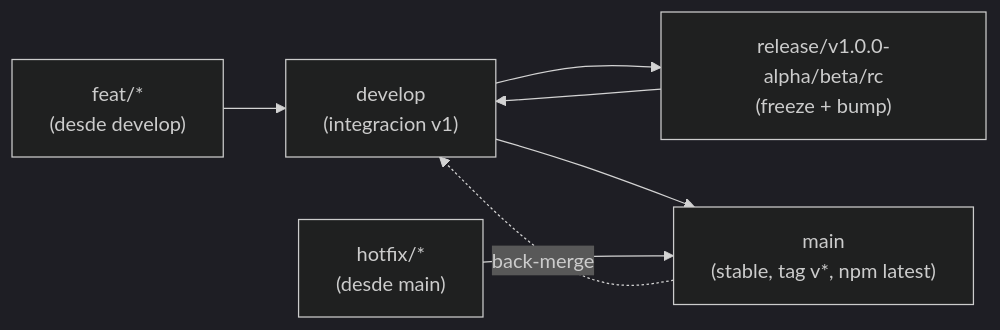
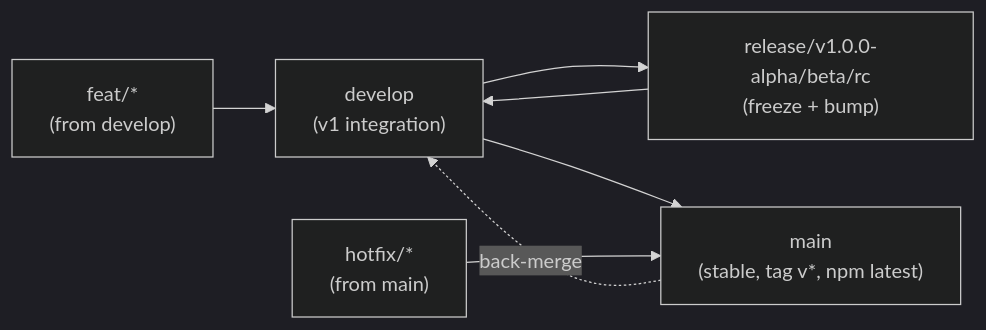
The diagram in docs/BRANCHING.md (LUMEN-SH/lumen-cli), drawn with Mermaid (dark theme) before and after one commit. The commit also changed other lines of this file, not shown here.

````diff
--- a/docs/BRANCHING.md
+++ b/docs/BRANCHING.md
@@ -15,9 +15,9 @@
 ```mermaid
 flowchart LR
-    feat["feat/*<br/>(desde develop)"] --> develop["develop<br/>(integracion v1)"]
+    feat["feat/*<br/>(from develop)"] --> develop["develop<br/>(v1 integration)"]
     develop --> rel["release/v1.0.0-alpha/beta/rc<br/>(freeze + bump)"]
     rel --> develop
     develop --> main["main<br/>(stable, tag v*, npm latest)"]
-    hotfix["hotfix/*<br/>(desde main)"] --> main
+    hotfix["hotfix/*<br/>(from main)"] --> main
     main -. back-merge .-> develop
 ```
````
